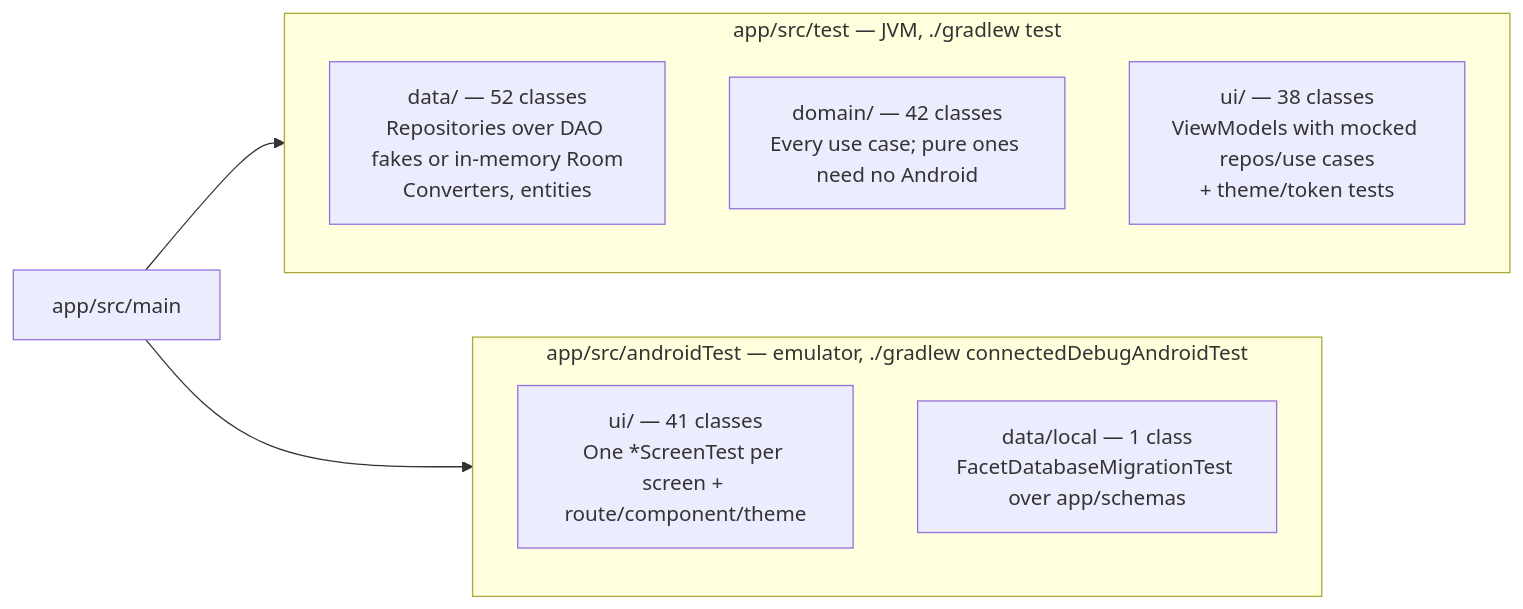
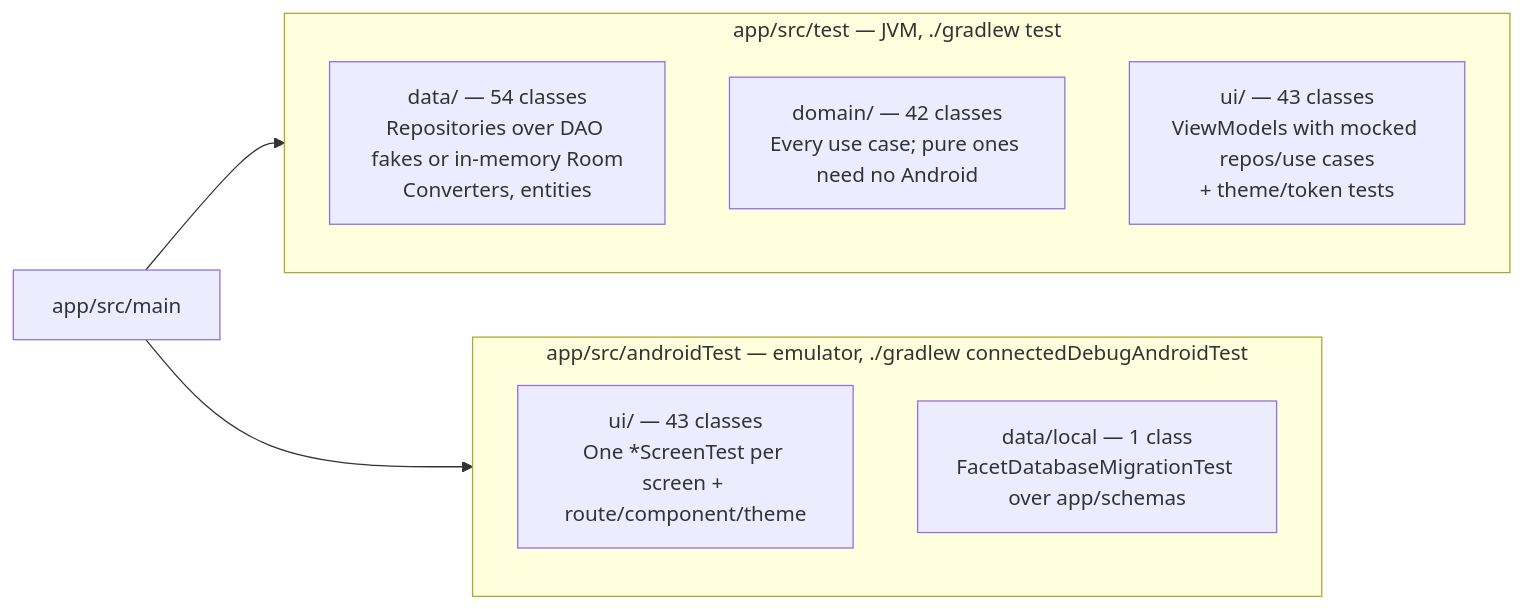
One commit to rohitganjam/facet-launcher changed the diagram in docs/architecture/06-testing.md. Above: the diagram before and after it, drawn with Mermaid. The commit also changed other lines of this file and 8 other files, not shown here.

First line of the commit message:
Add tests for five previously untested classes

````diff
--- a/docs/architecture/06-testing.md
+++ b/docs/architecture/06-testing.md
@@ -13,16 +13,16 @@
 ```mermaid
 flowchart LR
     subgraph UNIT["app/src/test — JVM, ./gradlew test"]
         direction TB
-        U1["data/ — 52 classes\nRepositories over DAO fakes or in-memory Room\nConverters, entities"]
+        U1["data/ — 54 classes\nRepositories over DAO fakes or in-memory Room\nConverters, entities"]
         U2["domain/ — 42 classes\nEvery use case; pure ones need no Android"]
-        U3["ui/ — 38 classes\nViewModels with mocked repos/use cases\n+ theme/token tests"]
+        U3["ui/ — 43 classes\nViewModels with mocked repos/use cases\n+ theme/token tests"]
     end
     subgraph INST["app/src/androidTest — emulator, ./gradlew connectedDebugAndroidTest"]
         direction TB
-        I1["ui/ — 41 classes\nOne *ScreenTest per screen + route/component/theme"]
+        I1["ui/ — 43 classes\nOne *ScreenTest per screen + route/component/theme"]
         I2["data/local — 1 class\nFacetDatabaseMigrationTest over app/schemas"]
     end
     CODE["app/src/main"] --> UNIT
     CODE --> INST
 ```
````
